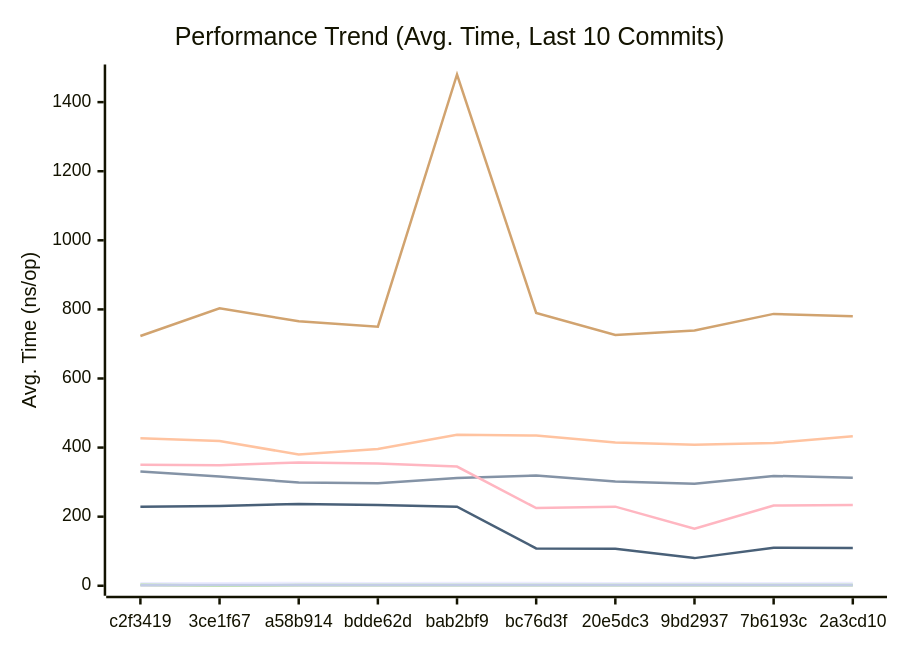
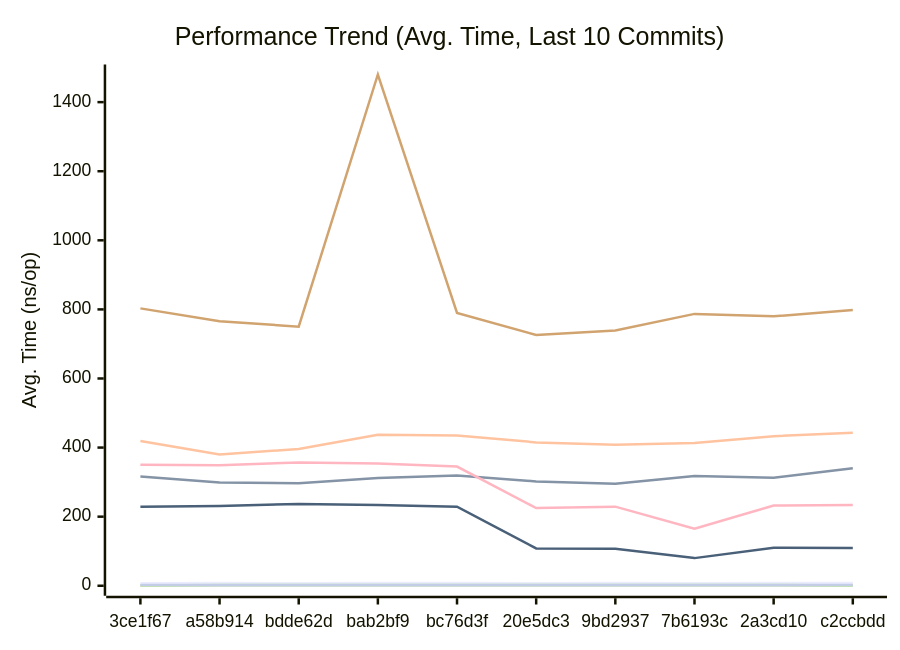
The first of 3 diagrams in docs/PERFORMANCE.md (alsotoes/momo), drawn with Mermaid before and after one commit. The commit also changed other lines of this file and 2 other files, not shown here.

````diff
--- a/docs/PERFORMANCE.md
+++ b/docs/PERFORMANCE.md
@@ -80,16 +80,16 @@
 ```mermaid
 xychart-beta
     title "Performance Trend (Avg. Time, Last 10 Commits)"
     x-axis "Commit"
     y-axis "Avg. Time (ns/op)"
-    x-axis [c2f3419,3ce1f67,a58b914,bdde62d,bab2bf9,bc76d3f,20e5dc3,9bd2937,7b6193c,2a3cd10]
-    line "CheckMetricsAndSwap" [7,7,8,7,8,8,7,8,7,8]
-    line "CrushOptimized" [331,316,299,297,312,319,302,295,318,313]
-    line "CrushOriginal" [427,419,380,396,437,435,415,408,413,433]
+    x-axis [3ce1f67,a58b914,bdde62d,bab2bf9,bc76d3f,20e5dc3,9bd2937,7b6193c,2a3cd10,c2ccbdd]
+    line "CheckMetricsAndSwap" [7,8,7,8,8,7,8,7,8,8]
+    line "CrushOptimized" [316,299,297,312,319,302,295,318,313,340]
+    line "CrushOriginal" [419,380,396,437,435,415,408,413,433,443]
     line "IndexDirectTracking" [0,0,0,0,0,0,0,0,0,0]
-    line "IndexSearch" [3,1,2,2,2,2,2,2,2,2]
-    line "LoadGlobalConfig" [723,803,766,750,1480,790,726,739,787,780]
+    line "IndexSearch" [1,2,2,2,2,2,2,2,2,1]
+    line "LoadGlobalConfig" [803,766,750,1480,790,726,739,787,780,798]
     line "PadString" [2,2,2,2,2,2,2,2,2,2]
     line "ParseReplicationOrder_NoPrealloc" [350,349,357,354,345,225,229,165,232,234]
     line "ParseReplicationOrder_Prealloc" [229,231,237,234,229,108,107,80,110,109]
 ```
````
